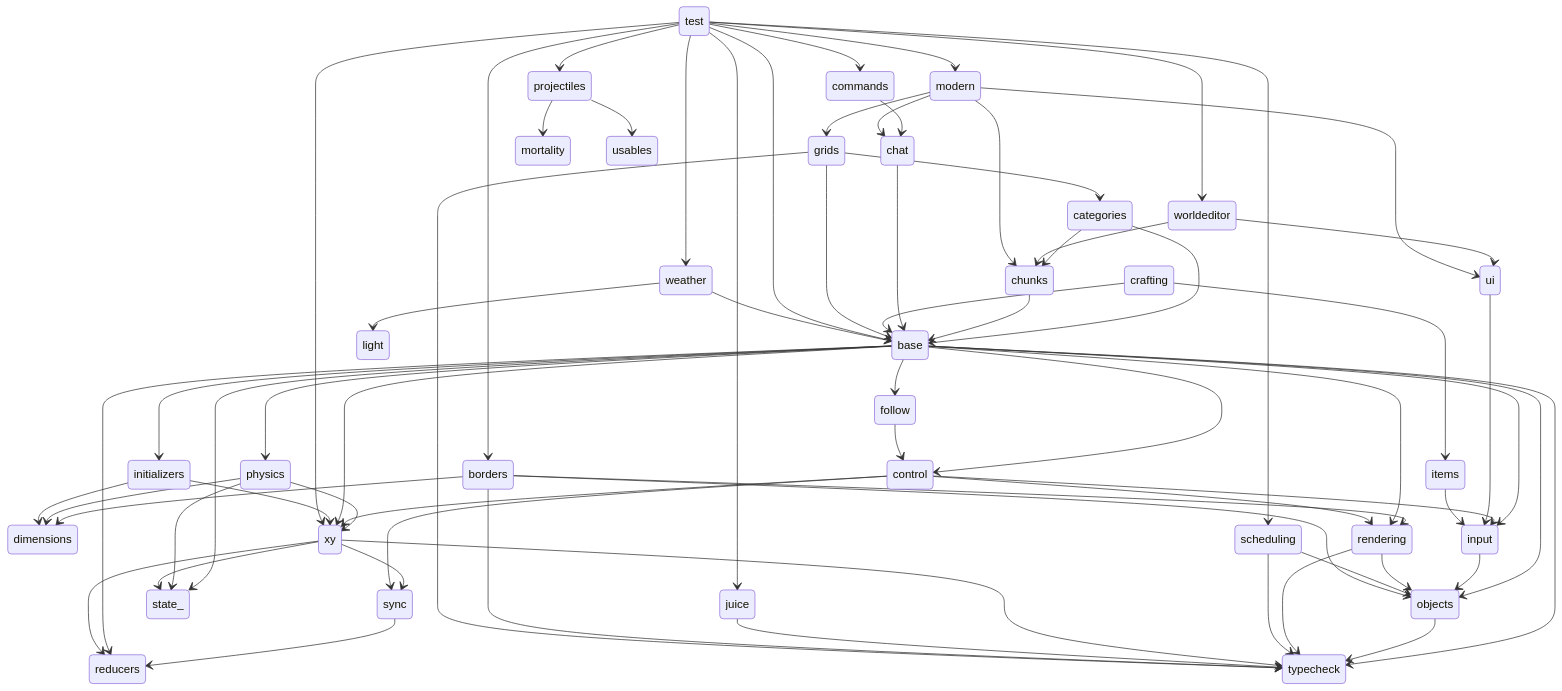
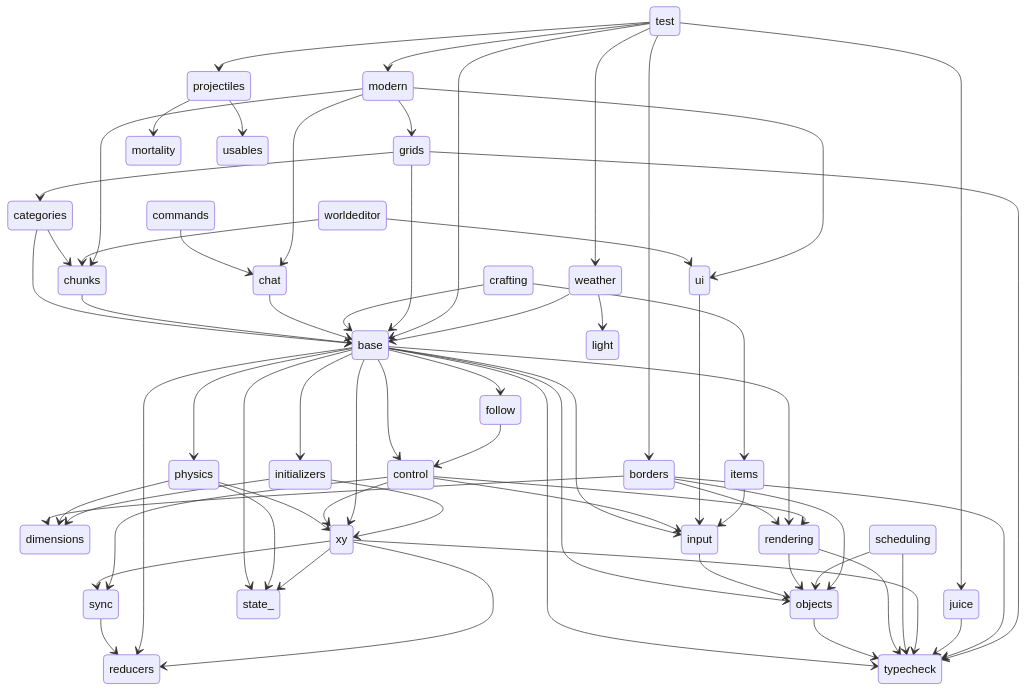
Before and after one commit to pakeke-constructor/ideas: the third of 3 diagrams in no_versioning.md, drawn with Mermaid. The commit also changed other lines of this file, not shown here.

Commit message:
simplified diagram again.

````diff
--- a/no_versioning.md
+++ b/no_versioning.md
@@ -161,15 +161,9 @@
     weather  -->    base
     weather  -->    light
 
-    test     -->    xy
     test     -->    borders
 
     test --> modern
     test --> projectiles
 
-    test --> scheduling
-    test --> commands
-    test --> worldeditor
-
-
 ```
````
